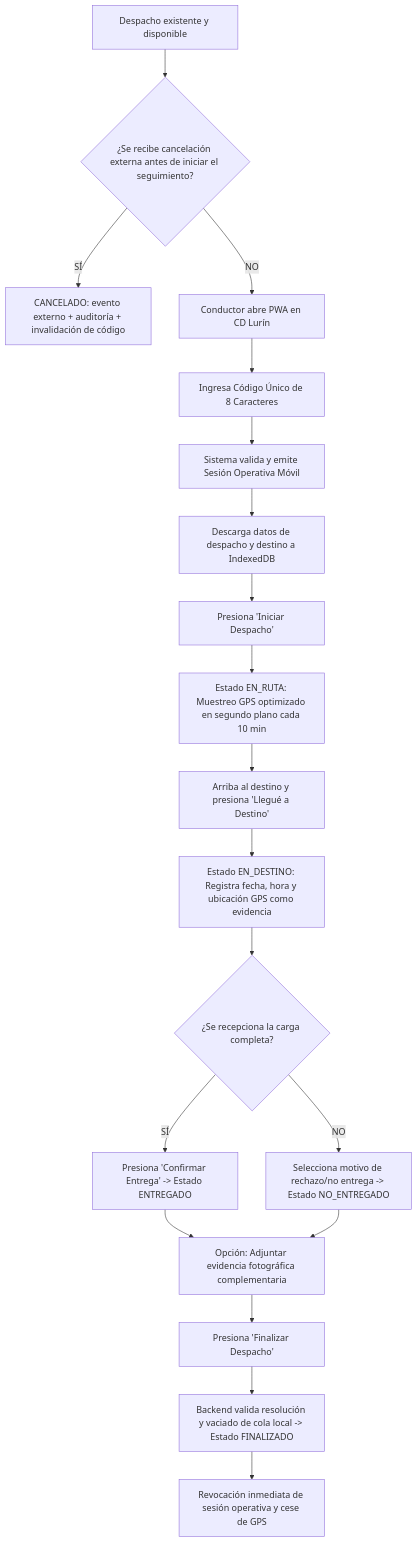
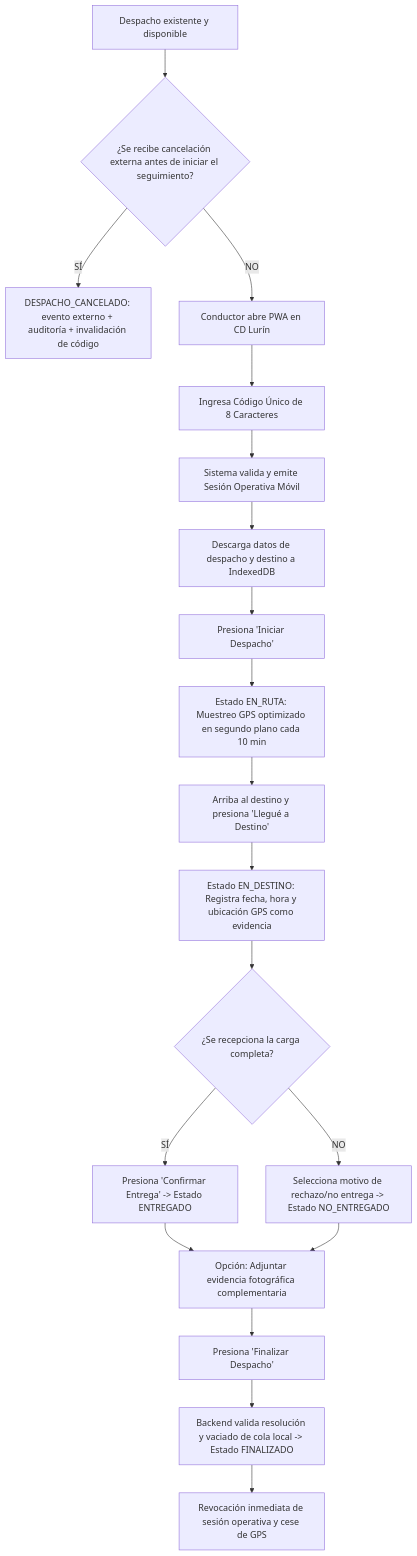
The diagram in Matriz/04_RESUMEN_OPERATIVO_Y_TRAZABILIDAD_REQUERIMIENTOS.md (SaraviaH/arq-emp), drawn with Mermaid before and after one commit. The commit also changed other lines of this file and 32 other files, not shown here.

Commit message:
integracion de nuevos diagramas

````diff
--- a/Matriz/04_RESUMEN_OPERATIVO_Y_TRAZABILIDAD_REQUERIMIENTOS.md
+++ b/Matriz/04_RESUMEN_OPERATIVO_Y_TRAZABILIDAD_REQUERIMIENTOS.md
@@ -121,21 +121,21 @@
 ```mermaid
 graph TD
     A[Despacho existente y disponible] --> B{¿Se recibe cancelación externa antes de iniciar el seguimiento?}
-    B -- SÍ --> C[CANCELADO: evento externo + auditoría + invalidación de código]
+    B -- SÍ --> C[DESPACHO_CANCELADO: evento externo + auditoría + invalidación de código]
     B -- NO --> D[Conductor abre PWA en CD Lurín]
     D --> E[Ingresa Código Único de 8 Caracteres]
     E --> F[Sistema valida y emite Sesión Operativa Móvil]
     F --> G[Descarga datos de despacho y destino a IndexedDB]
     G --> H[Presiona 'Iniciar Despacho']
     H --> I[Estado EN_RUTA: Muestreo GPS optimizado en segundo plano cada 10 min]
     I --> J[Arriba al destino y presiona 'Llegué a Destino']
     J --> K[Estado EN_DESTINO: Registra fecha, hora y ubicación GPS como evidencia]
     K --> L{¿Se recepciona la carga completa?}
     L -- SÍ --> M[Presiona 'Confirmar Entrega' -> Estado ENTREGADO]
     L -- NO --> N[Selecciona motivo de rechazo/no entrega -> Estado NO_ENTREGADO]
     M --> O[Opción: Adjuntar evidencia fotográfica complementaria]
     N --> O
     O --> P[Presiona 'Finalizar Despacho']
     P --> Q[Backend valida resolución y vaciado de cola local -> Estado FINALIZADO]
     Q --> R[Revocación inmediata de sesión operativa y cese de GPS]
 ```
````
